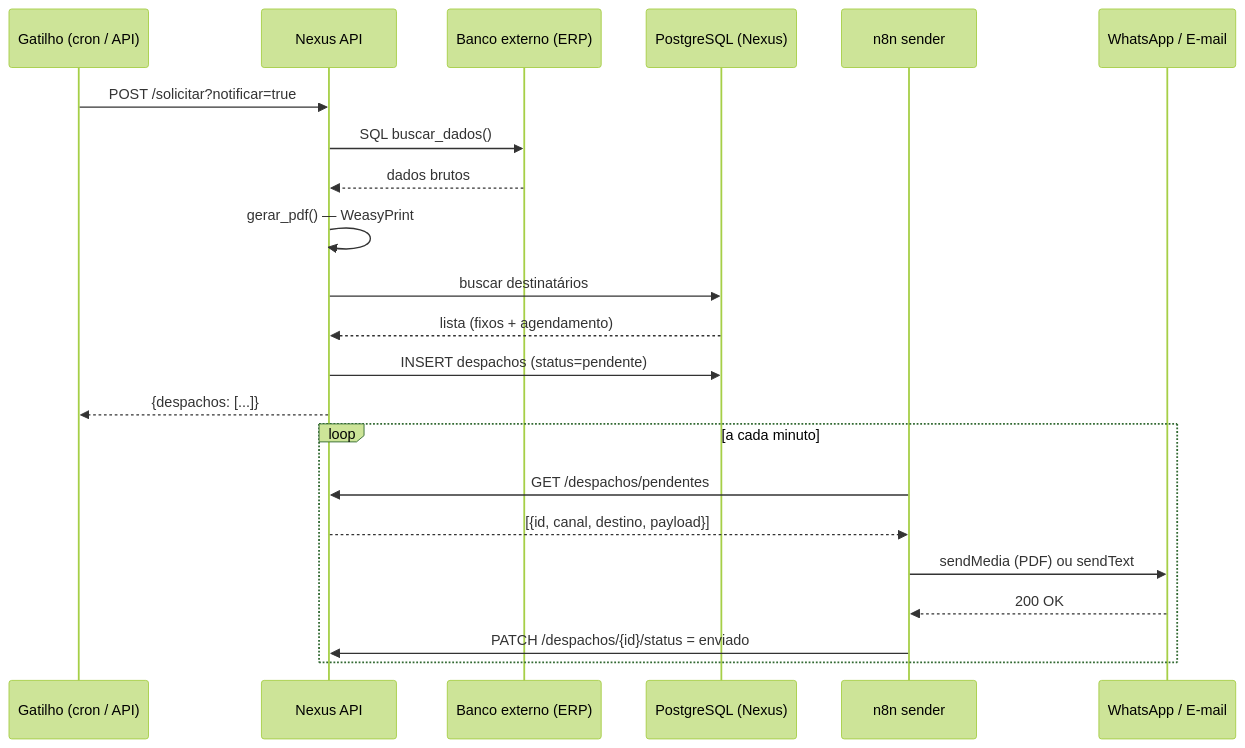
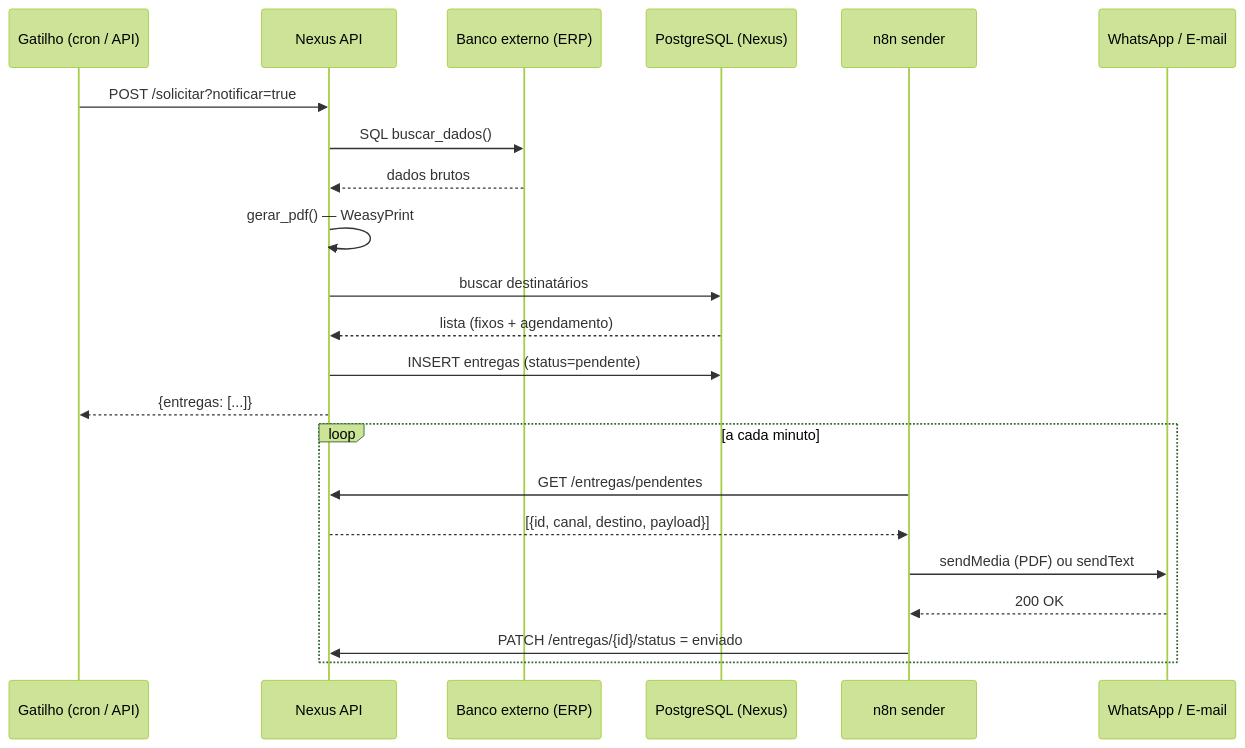
The second of 5 diagrams in docs/fluxo-sistema.md (ocerqueira/nexus-2), drawn with Mermaid (forest theme) before and after one commit. The commit also changed other lines of this file and 20 other files, not shown here.

````diff
--- a/docs/fluxo-sistema.md
+++ b/docs/fluxo-sistema.md
@@ -89,26 +89,26 @@
 ```mermaid
 sequenceDiagram
     participant Trigger as Gatilho (cron / API)
     participant Nexus as Nexus API
     participant ERP as Banco externo (ERP)
     participant DB as PostgreSQL (Nexus)
     participant N8N as n8n sender
     participant WA as WhatsApp / E-mail
 
     Trigger->>Nexus: POST /solicitar?notificar=true
     Nexus->>ERP: SQL buscar_dados()
     ERP-->>Nexus: dados brutos
     Nexus->>Nexus: gerar_pdf() — WeasyPrint
     Nexus->>DB: buscar destinatários
     DB-->>Nexus: lista (fixos + agendamento)
-    Nexus->>DB: INSERT despachos (status=pendente)
-    Nexus-->>Trigger: {despachos: [...]}
+    Nexus->>DB: INSERT entregas (status=pendente)
+    Nexus-->>Trigger: {entregas: [...]}
 
     loop a cada minuto
-        N8N->>Nexus: GET /despachos/pendentes
+        N8N->>Nexus: GET /entregas/pendentes
         Nexus-->>N8N: [{id, canal, destino, payload}]
         N8N->>WA: sendMedia (PDF) ou sendText
         WA-->>N8N: 200 OK
-        N8N->>Nexus: PATCH /despachos/{id}/status = enviado
+        N8N->>Nexus: PATCH /entregas/{id}/status = enviado
     end
 ```
````
